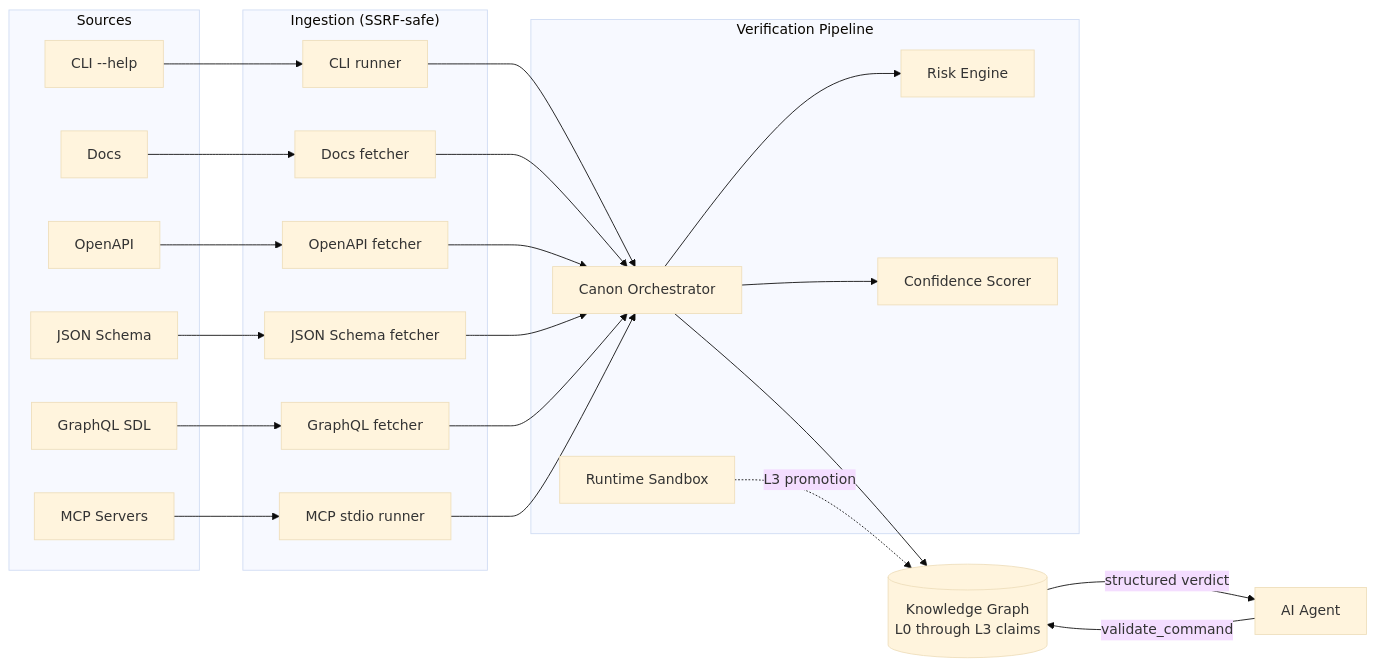
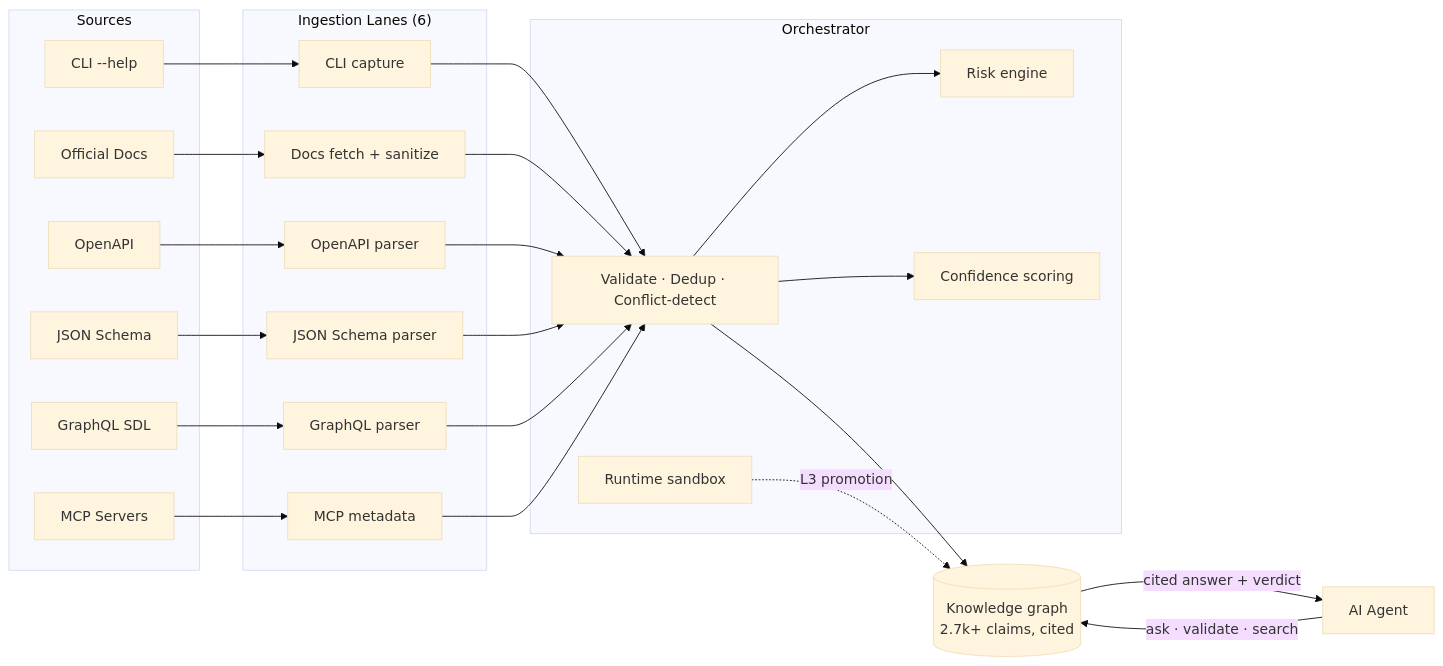
Before and after one commit to ruth411/AgentAtlas: the diagram in README.md, drawn with Mermaid (base theme). The commit also changed other lines of this file, not shown here.

````diff
--- a/README.md
+++ b/README.md
@@ -72,46 +129,41 @@
 ```mermaid
 flowchart LR
     subgraph Sources["Sources"]
         CLI[CLI --help]
-        DOCS[Docs]
+        DOCS[Official Docs]
         OAS[OpenAPI]
         JSON[JSON Schema]
         GQL[GraphQL SDL]
         MCP[MCP Servers]
     end
 
-    subgraph Ingestion["Ingestion (SSRF-safe)"]
-        L1[CLI runner]
-        L2[Docs fetcher]
-        L3[OpenAPI fetcher]
-        L4[JSON Schema fetcher]
-        L5[GraphQL fetcher]
-        L6[MCP stdio runner]
+    subgraph Lanes["Ingestion Lanes (6)"]
+        L1[CLI capture] & L2[Docs fetch + sanitize] & L3[OpenAPI parser]
+        L4[JSON Schema parser] & L5[GraphQL parser] & L6[MCP metadata]
     end
 
-    subgraph Pipeline["Verification Pipeline"]
-        ORCH[Canon Orchestrator]
-        RISK[Risk Engine]
-        CONF[Confidence Scorer]
-        SAND[Runtime Sandbox]
+    subgraph Engine["Orchestrator"]
+        ORCH[Validate · Dedup · Conflict-detect]
+        RISK[Risk engine]
+        CONF[Confidence scoring]
+        SAND[Runtime sandbox]
     end
 
-    GRAPH[(Knowledge Graph<br/>L0 through L3 claims)]
-
+    GRAPH[("Knowledge graph<br/>2.7k+ claims, cited")]
     AGENT[AI Agent]
 
     CLI --> L1 --> ORCH
     DOCS --> L2 --> ORCH
     OAS --> L3 --> ORCH
     JSON --> L4 --> ORCH
     GQL --> L5 --> ORCH
     MCP --> L6 --> ORCH
 
     ORCH --> RISK
     ORCH --> CONF
     ORCH --> GRAPH
     SAND -.->|L3 promotion| GRAPH
 
-    AGENT -->|validate_command| GRAPH
-    GRAPH -->|structured verdict| AGENT
+    AGENT -->|ask · validate · search| GRAPH
+    GRAPH -->|cited answer + verdict| AGENT
 ```
````
